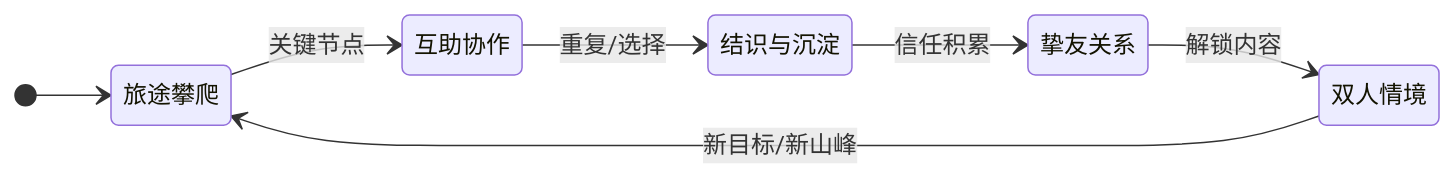
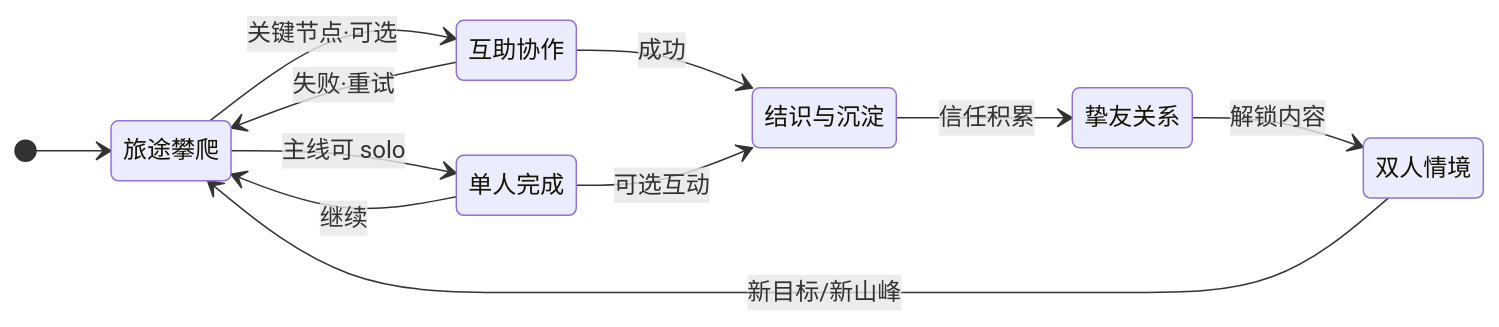
The diagram in 项目/代号梦山/00_项目核心/03_Loops_核心循环.md (zanezhuzhi/DreamMountain), drawn with Mermaid before and after one commit. The commit also changed other lines of this file and 15 other files, not shown here.

````diff
--- a/项目/代号梦山/00_项目核心/03_Loops_核心循环.md
+++ b/项目/代号梦山/00_项目核心/03_Loops_核心循环.md
@@ -14,10 +19,14 @@
 ```mermaid
 stateDiagram-v2
     direction LR
     [*] --> 旅途攀爬
-    旅途攀爬 --> 互助协作: 关键节点
-    互助协作 --> 结识与沉淀: 重复/选择
+    旅途攀爬 --> 互助协作: 关键节点·可选
+    旅途攀爬 --> 单人完成: 主线可 solo
+    互助协作 --> 结识与沉淀: 成功
+    互助协作 --> 旅途攀爬: 失败·重试
+    单人完成 --> 结识与沉淀: 可选互动
+    单人完成 --> 旅途攀爬: 继续
     结识与沉淀 --> 挚友关系: 信任积累
     挚友关系 --> 双人情境: 解锁内容
     双人情境 --> 旅途攀爬: 新目标/新山峰
 ```
````
